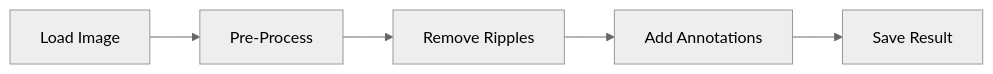
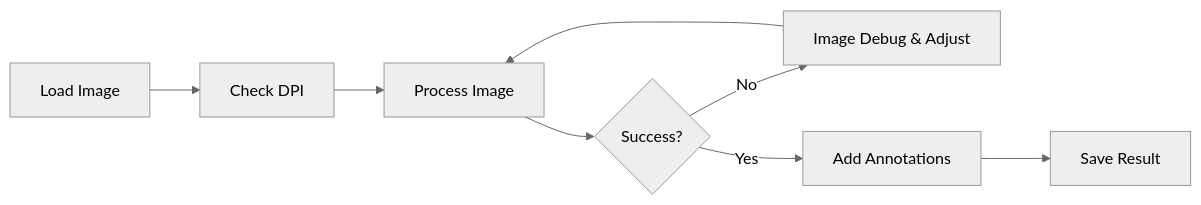
The diagram in docs/user-guide/interface.md (JasonGellis/lithic-editor), drawn with Mermaid (neutral theme) before and after one commit. The commit also changed other lines of this file and 29 other files, not shown here.

````diff
--- a/docs/user-guide/interface.md
+++ b/docs/user-guide/interface.md
@@ -11,7 +81,10 @@
 ```mermaid
 graph LR
-    A[Load Image] --> B[Pre-Process]
-    B --> C[Remove Ripples]
-    C --> D[Add Annotations]
-    D --> E[Save Result]
+    A[Load Image] --> B[Check DPI]
+    B --> C[Process Image]
+    C --> D{Success?}
+    D -->|No| E[Image Debug & Adjust]
+    E --> C
+    D -->|Yes| F[Add Annotations]
+    F --> G[Save Result]
 ```
````
